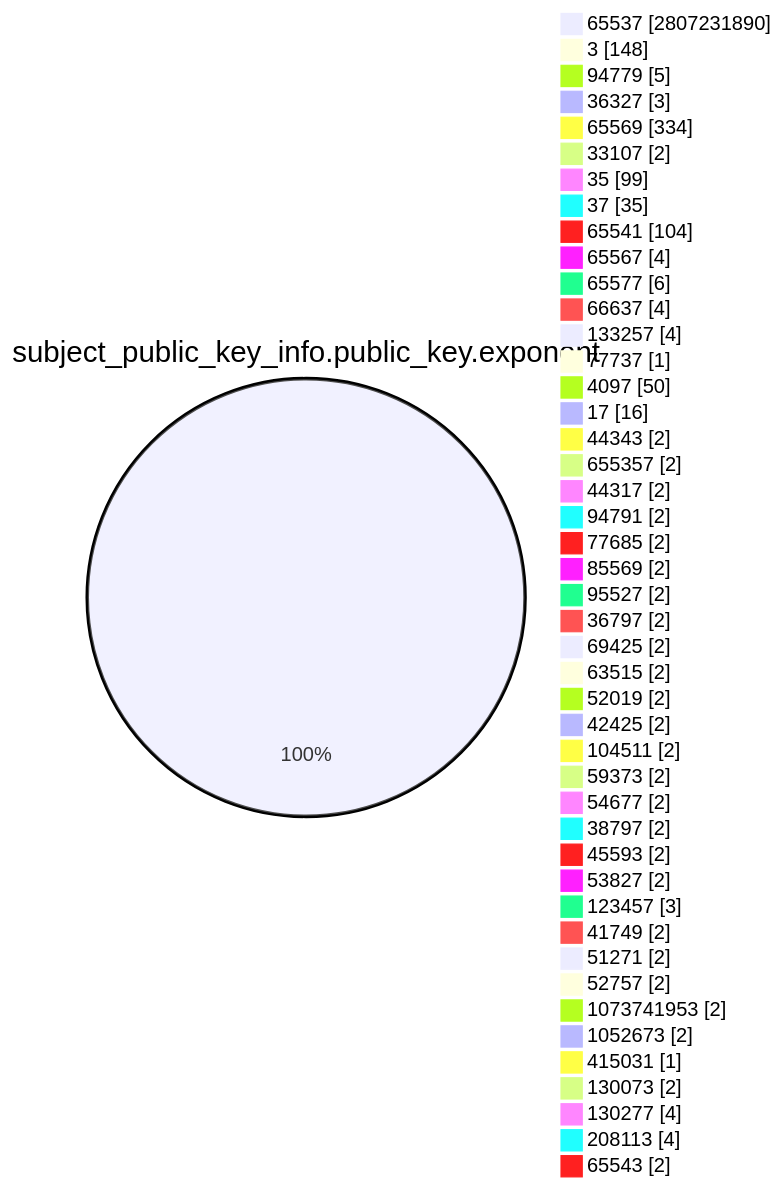
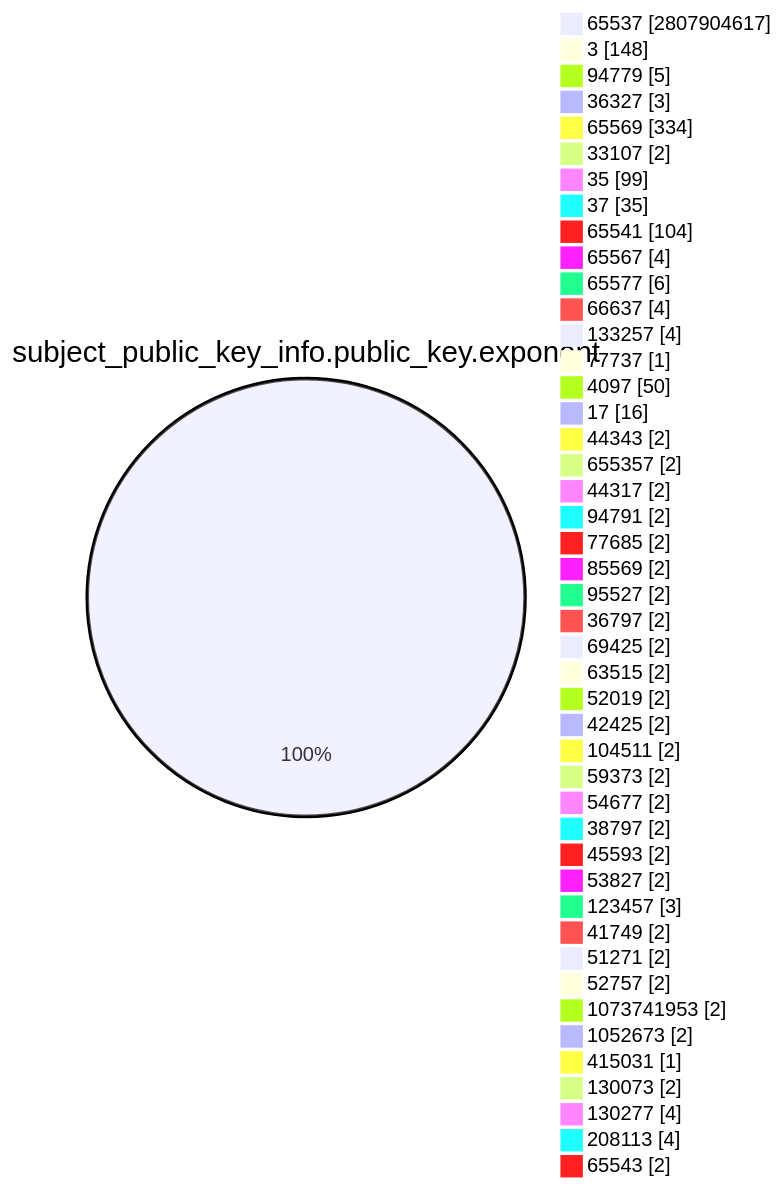
Before and after one commit to christiankrug/ctmonitor_visualization: the fourth of 15 diagrams in TOTAL/README.md, drawn with Mermaid. The commit also changed other lines of this file, not shown here.

````diff
--- a/TOTAL/README.md
+++ b/TOTAL/README.md
@@ -1467,49 +1467,49 @@
 ```mermaid
 pie showData
 title subject_public_key_info.public_key.exponent
-"65537" :2807231890
+"65537" :2807904617
 "3" :148
 "94779" :5
 "36327" :3
 "65569" :334
 "33107" :2
 "35" :99
 "37" :35
 "65541" :104
 "65567" :4
 "65577" :6
 "66637" :4
 "133257" :4
 "77737" :1
 "4097" :50
 "17" :16
 "44343" :2
 "655357" :2
 "44317" :2
 "94791" :2
 "77685" :2
 "85569" :2
 "95527" :2
 "36797" :2
 "69425" :2
 "63515" :2
 "52019" :2
 "42425" :2
 "104511" :2
 "59373" :2
 "54677" :2
 "38797" :2
 "45593" :2
 "53827" :2
 "123457" :3
 "41749" :2
 "51271" :2
 "52757" :2
 "1073741953" :2
 "1052673" :2
 "415031" :1
 "130073" :2
 "130277" :4
 "208113" :4
 "65543" :2
 ```
````
